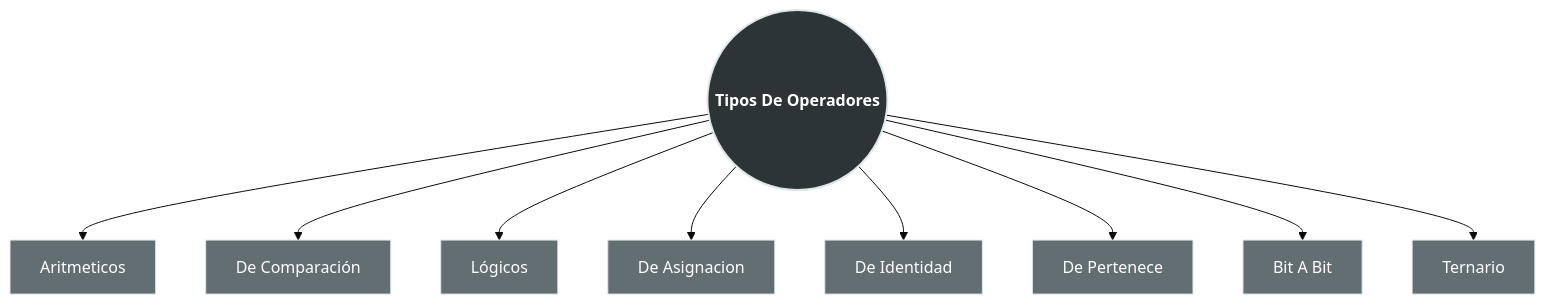
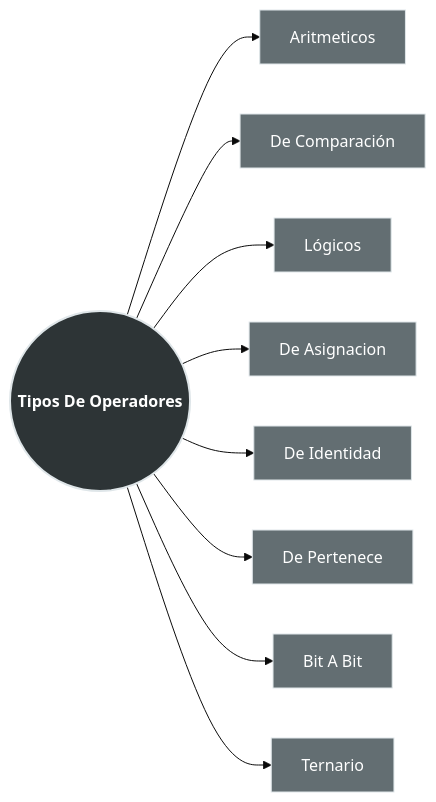
One commit to Pineapple-Mikael-Engineer/Python_Obsidian changed the first of 2 diagrams in 100 Programación Orientada a Procesos/00 Referencias/Operadores de Variables.md. Above: the diagram before and after it, drawn with Mermaid (base theme). The commit also changed 8 other files, not shown here.

````diff
--- a/100 Programación Orientada a Procesos/00 Referencias/Operadores de Variables.md
+++ b/100 Programación Orientada a Procesos/00 Referencias/Operadores de Variables.md
@@ -10,20 +10,20 @@
 ```mermaid
-flowchart TD
+flowchart LR
     %% Definición de Estilos
     classDef principal fill:#2d3436,stroke:#dfe6e9,stroke-width:2px,color:#fff,font-weight:bold;
     classDef categoria fill:#636e72,stroke:#dfe6e9,stroke-width:1px,color:#fff;
     classDef tipo fill:#f9f9f9,stroke:#636e72,stroke-width:1px,color:#2d3436;
     classDef especial fill:#fab1a0,stroke:#e17055,stroke-width:1px,color:#2d3436;
 
     Title((Tipos De Operadores)):::principal
 
     %% Ramas Principales
     Title --> Aritmeticos[Aritmeticos]:::categoria
     Title --> Comparación[De Comparación]:::categoria
     Title --> Lógicos[Lógicos]:::categoria
 	Title --> Asignación[De Asignacion]:::categoria
 	Title --> Identidad[De Identidad]:::categoria
 	Title --> Pertenece[De Pertenece]:::categoria
 	Title --> BitABit[Bit A Bit]:::categoria
 	Title --> Ternario[Ternario]:::categoria
 ```
````
